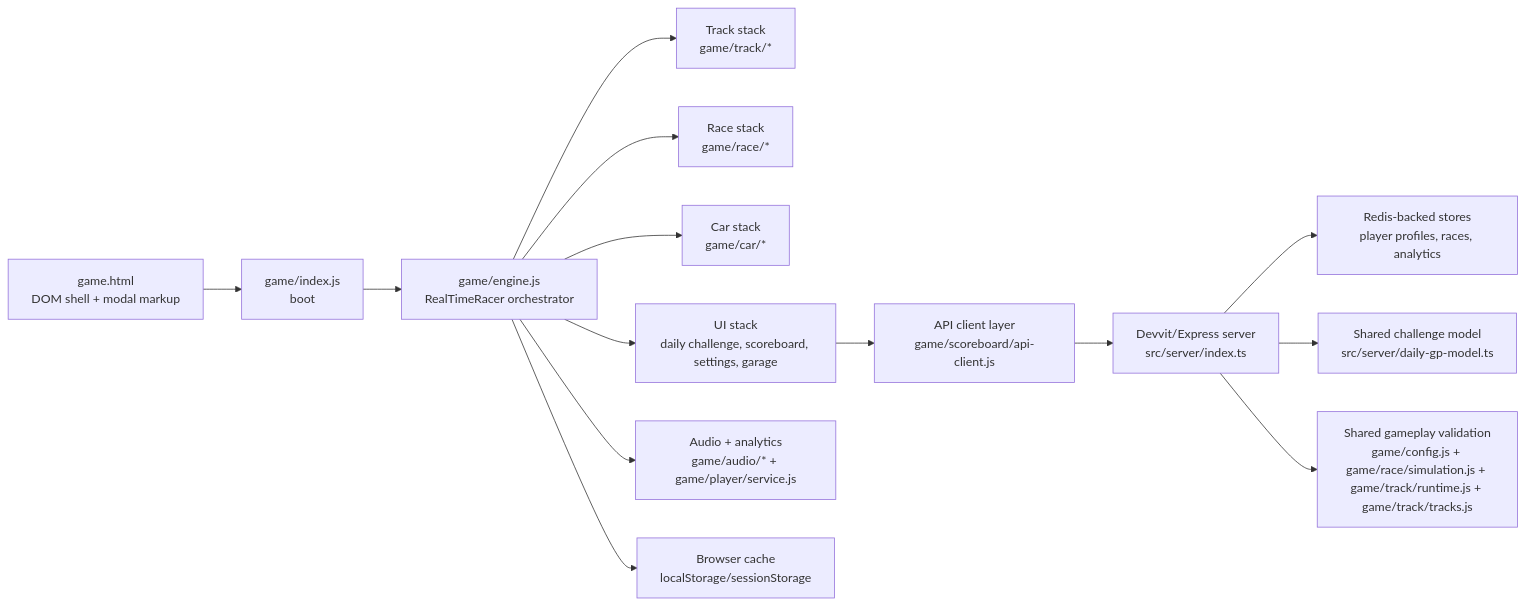
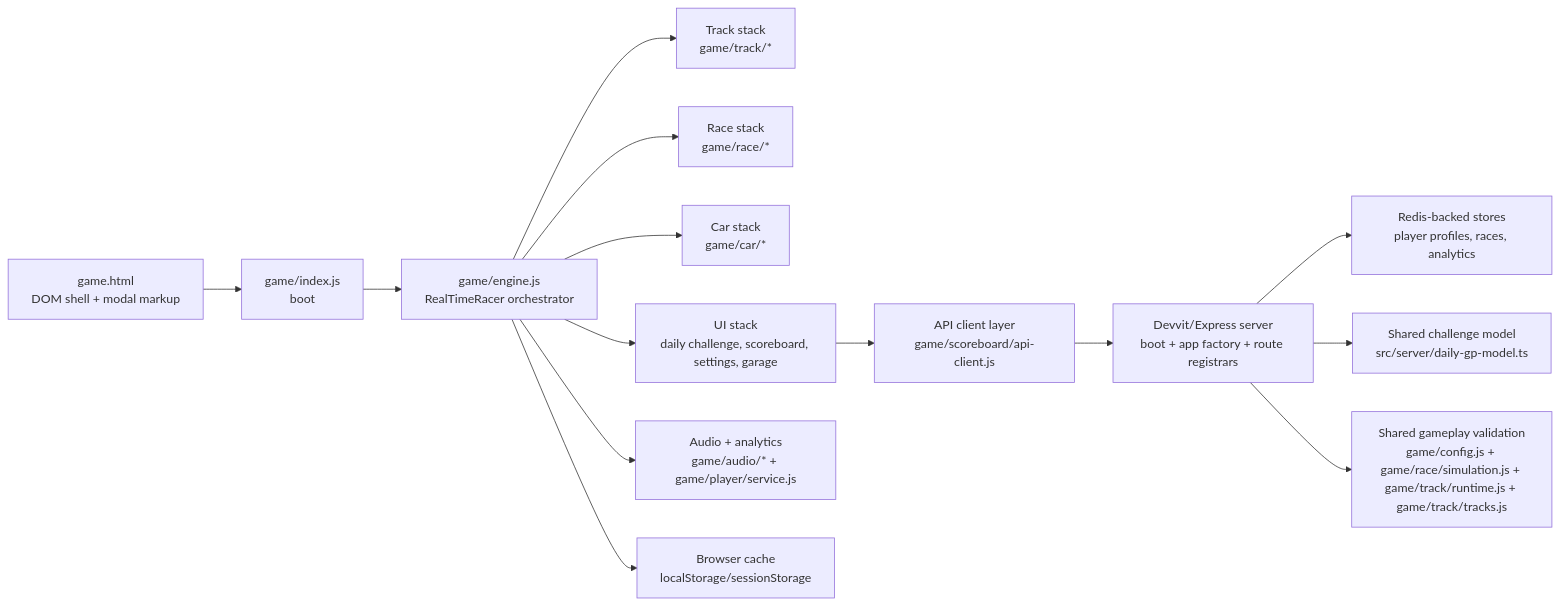
The diagram in docs/system-change-map.md (shimrut/mini-racer), drawn with Mermaid before and after one commit. The commit also changed other lines of this file and 20 other files, not shown here.

````diff
--- a/docs/system-change-map.md
+++ b/docs/system-change-map.md
@@ -20,19 +20,19 @@
 ```mermaid
 flowchart LR
     A["game.html<br/>DOM shell + modal markup"] --> B["game/index.js<br/>boot"]
     B --> C["game/engine.js<br/>RealTimeRacer orchestrator"]
 
     C --> D["Track stack<br/>game/track/*"]
     C --> E["Race stack<br/>game/race/*"]
     C --> F["Car stack<br/>game/car/*"]
     C --> G["UI stack<br/>daily challenge, scoreboard, settings, garage"]
     C --> H["Audio + analytics<br/>game/audio/* + game/player/service.js"]
     C --> I["Browser cache<br/>localStorage/sessionStorage"]
 
     G --> J["API client layer<br/>game/scoreboard/api-client.js"]
-    J --> K["Devvit/Express server<br/>src/server/index.ts"]
+    J --> K["Devvit/Express server<br/>boot + app factory + route registrars"]
     K --> L["Redis-backed stores<br/>player profiles, races, analytics"]
 
     K --> M["Shared challenge model<br/>src/server/daily-gp-model.ts"]
     K --> N["Shared gameplay validation<br/>game/config.js + game/race/simulation.js + game/track/runtime.js + game/track/tracks.js"]
 ```
````
